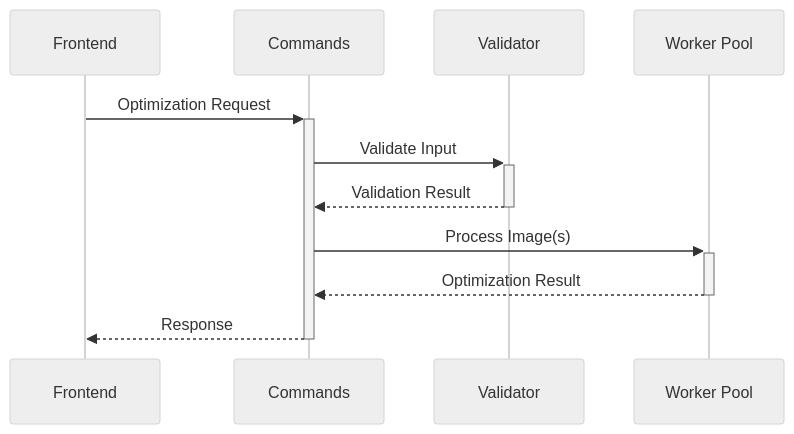
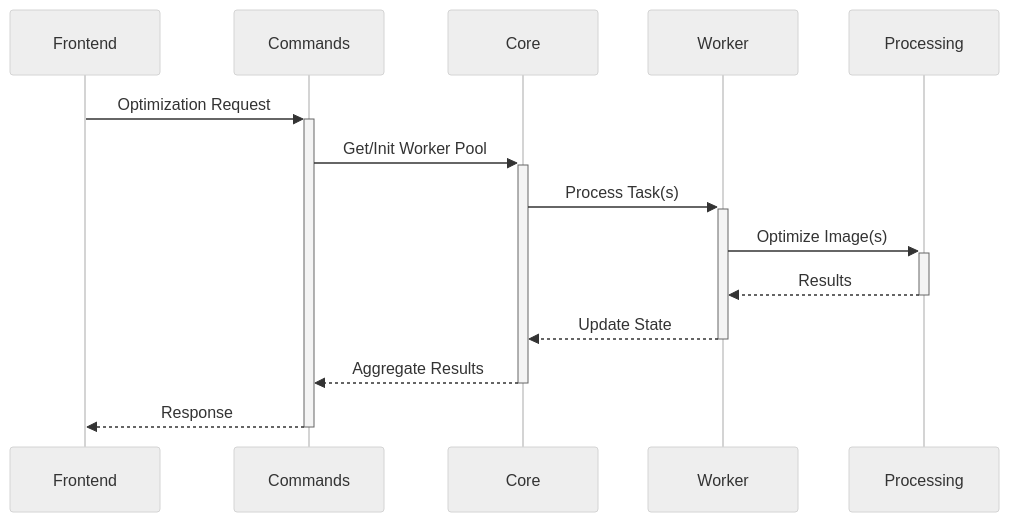
One commit to MogensenJesse/image-optimizer changed the second of 2 diagrams in BACKEND.md. Above: the diagram before and after it, drawn with Mermaid (neutral theme). The commit also changed other lines of this file and 20 other files, not shown here.

````diff
--- a/BACKEND.md
+++ b/BACKEND.md
@@ -115,9 +251,11 @@
 ```mermaid
 sequenceDiagram
     Frontend->>+Commands: Optimization Request
-    Commands->>+Validator: Validate Input
-    Validator-->>-Commands: Validation Result
-    Commands->>+Worker Pool: Process Image(s)
-    Worker Pool-->>-Commands: Optimization Result
+    Commands->>+Core: Get/Init Worker Pool
+    Core->>+Worker: Process Task(s)
+    Worker->>+Processing: Optimize Image(s)
+    Processing-->>-Worker: Results
+    Worker-->>-Core: Update State
+    Core-->>-Commands: Aggregate Results
     Commands-->>-Frontend: Response
 ```
````
